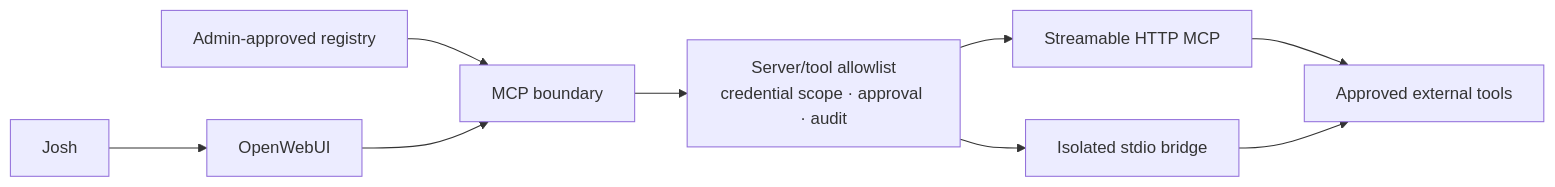
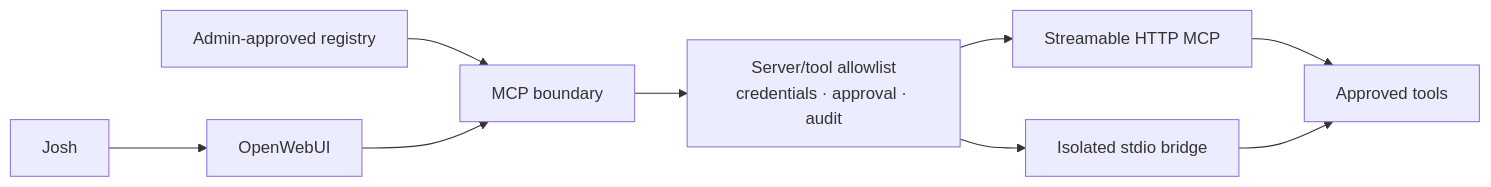
The sixth of 6 diagrams in docs/ARCHITECTURE.md (jokajak/hearthai), drawn with Mermaid before and after one commit. The commit also changed other lines of this file and 5 other files, not shown here.

Commit message:
Refine HearthAI capability roadmap

````diff
--- a/docs/ARCHITECTURE.md
+++ b/docs/ARCHITECTURE.md
@@ -297,11 +275,11 @@
 ```mermaid
 flowchart LR
     ADMIN["Admin-approved registry"] --> MCP["MCP boundary"]
     USER["Josh"] --> OW["OpenWebUI"]
     OW --> MCP
-    MCP --> POLICY["Server/tool allowlist<br/>credential scope · approval · audit"]
+    MCP --> POLICY["Server/tool allowlist<br/>credentials · approval · audit"]
     POLICY --> HTTP["Streamable HTTP MCP"]
     POLICY --> BRIDGE["Isolated stdio bridge"]
-    HTTP --> TOOLS["Approved external tools"]
+    HTTP --> TOOLS["Approved tools"]
     BRIDGE --> TOOLS
 ```
````
